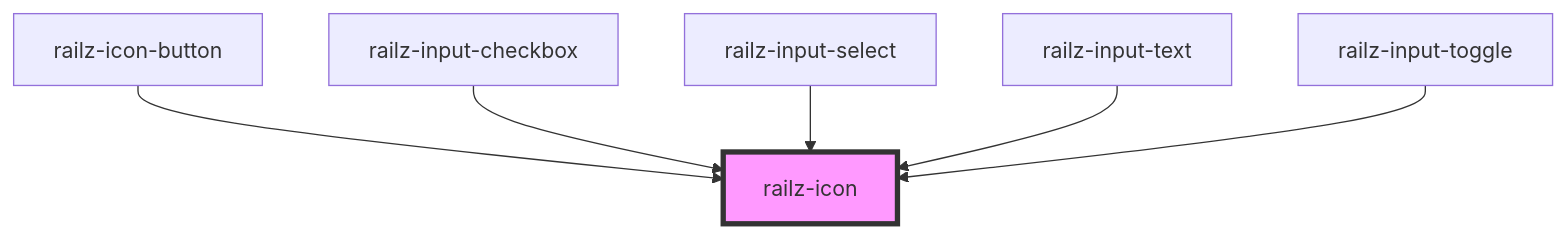
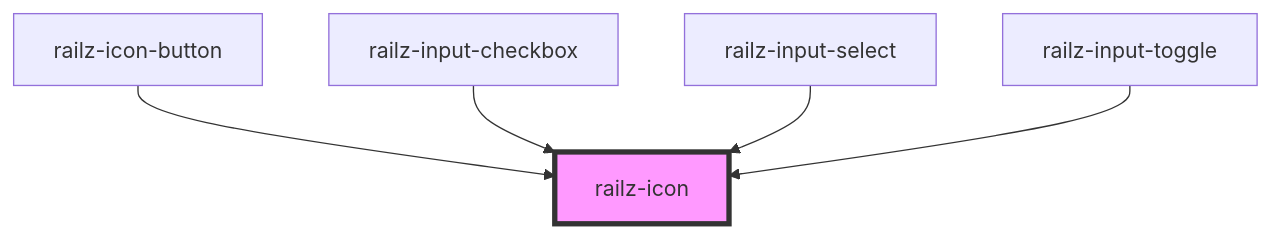
One commit to railz-ai/railz-uikit changed the diagram in design-components/packages/railz-components/src/components/railz-icon/readme.md. Above: the diagram before and after it, drawn with Mermaid. The commit also changed other lines of this file and 2 other files, not shown here.

Commit message:
testing input

````diff
--- a/design-components/packages/railz-components/src/components/railz-icon/readme.md
+++ b/design-components/packages/railz-components/src/components/railz-icon/readme.md
@@ -26,9 +25,8 @@
 ```mermaid
 graph TD;
   railz-icon-button --> railz-icon
   railz-input-checkbox --> railz-icon
   railz-input-select --> railz-icon
-  railz-input-text --> railz-icon
   railz-input-toggle --> railz-icon
   style railz-icon fill:#f9f,stroke:#333,stroke-width:4px
 ```
````
